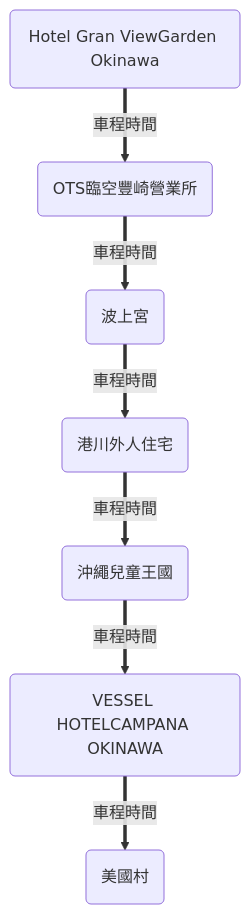
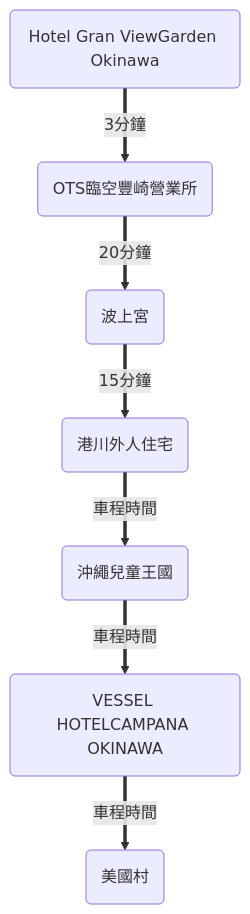
Before and after one commit to wilder640/trip: the second of 6 diagrams in docs/blog/posts/okinawa/okinawa-2024-12/okinawa-2024-12.md, drawn with Mermaid. The commit also changed other lines of this file and 6 other files, not shown here.

````diff
--- a/docs/blog/posts/okinawa/okinawa-2024-12/okinawa-2024-12.md
+++ b/docs/blog/posts/okinawa/okinawa-2024-12/okinawa-2024-12.md
@@ -117,12 +163,19 @@
 ``` mermaid
 graph TD
-    A == 車程時間 ==> B == 車程時間 ==> C  == 車程時間 ==> D == 車程時間 ==> E == 車程時間 ==> F == 車程時間 ==> G
+    A == 3分鐘 ==> B == 20分鐘 ==> C  == 15分鐘 ==> D == 車程時間 ==> E == 車程時間 ==> F == 車程時間 ==> G
         
     A(Hotel Gran ViewGarden Okinawa)
     B(OTS臨空豐崎營業所)
     C(波上宮)
     D(港川外人住宅)
     E(沖繩兒童王國)
     F(VESSEL HOTELCAMPANA OKINAWA)
     G(美國村)
+
+	click B "#ots臨空豐崎營業所"
+	click C "#波上宮"
+	click D "#港川外人住宅"
+	click E "#沖繩兒童王國"
+	click F "#vessel-hotelcampana-okinawa"
+	click G "#美國村"
 ```
````
